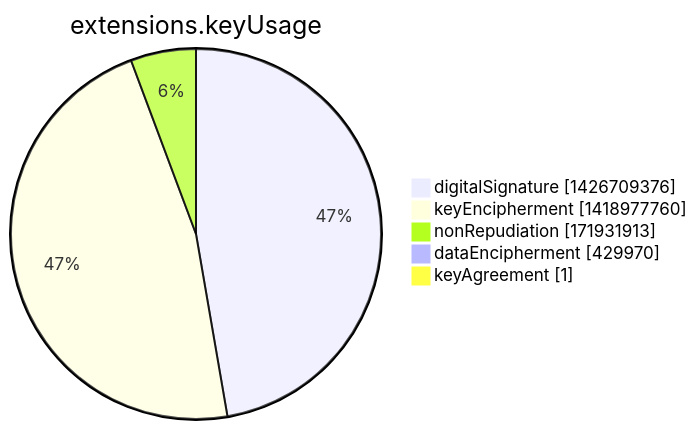
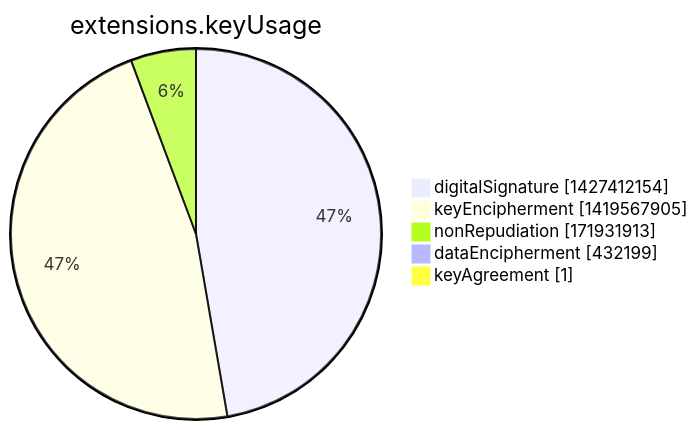
One commit to christiankrug/ctmonitor_visualization changed the seventh of 15 diagrams in argon2022/README.md. Above: the diagram before and after it, drawn with Mermaid. The commit also changed other lines of this file, not shown here.

````diff
--- a/argon2022/README.md
+++ b/argon2022/README.md
@@ -2751,9 +2751,9 @@
 ```mermaid
 pie showData
 title extensions.keyUsage
-"digitalSignature" :1426709376
-"keyEncipherment" :1418977760
+"digitalSignature" :1427412154
+"keyEncipherment" :1419567905
 "nonRepudiation" :171931913
-"dataEncipherment" :429970
+"dataEncipherment" :432199
 "keyAgreement" :1
 ```
````
